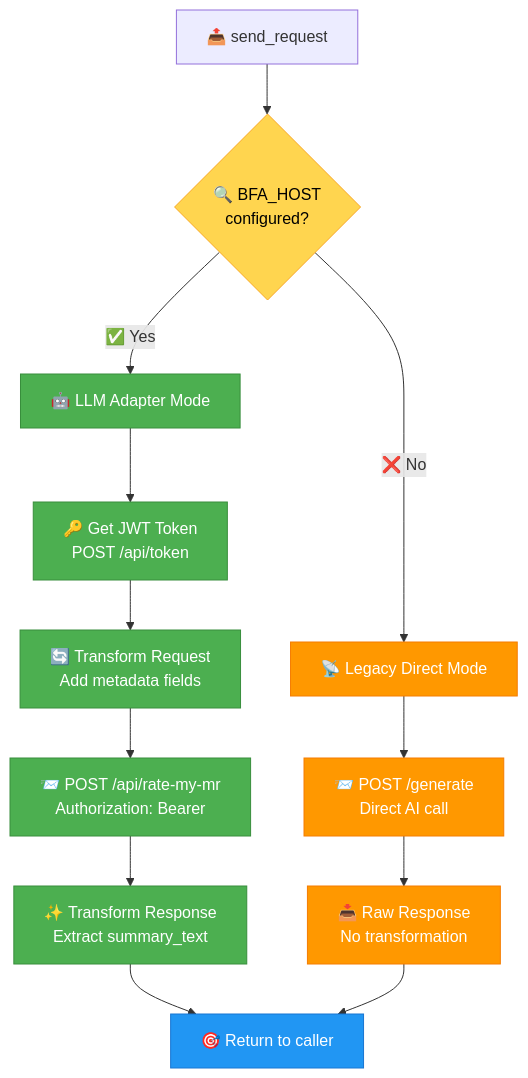
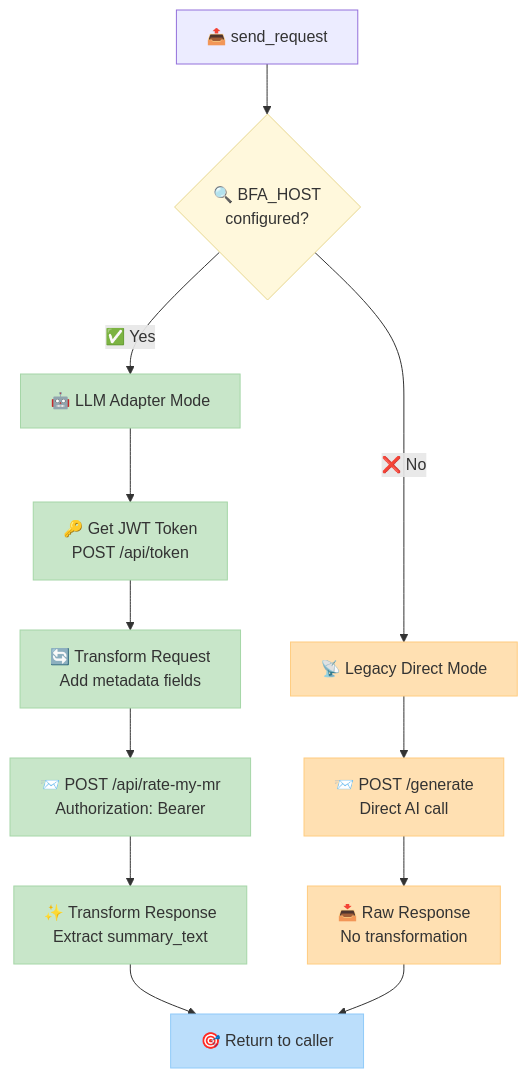
Before and after one commit to vigneshpalanivelr/commit-validator: the third of 6 diagrams in ARCHITECTURE.md, drawn with Mermaid. The commit also changed other lines of this file and 2 other files, not shown here.

First line of the commit message:
Update mermaid diagrams with subtle, muted colors

````diff
--- a/ARCHITECTURE.md
+++ b/ARCHITECTURE.md
@@ -191,27 +191,27 @@
 ```mermaid
 flowchart TD
     A[📤 send_request] --> B{🔍 BFA_HOST<br/>configured?}
     B -->|"✅ Yes"| C[🤖 LLM Adapter Mode]
     B -->|"❌ No"| D[📡 Legacy Direct Mode]
 
     C --> E[🔑 Get JWT Token<br/>POST /api/token]
     E --> F[🔄 Transform Request<br/>Add metadata fields]
     F --> G[📨 POST /api/rate-my-mr<br/>Authorization: Bearer]
     G --> H[✨ Transform Response<br/>Extract summary_text]
 
     D --> I[📨 POST /generate<br/>Direct AI call]
     I --> J[📥 Raw Response<br/>No transformation]
 
     H --> K[🎯 Return to caller]
     J --> K
 
-    classDef decision fill:#ffd54f,stroke:#f9a825,color:#000
-    classDef newmode fill:#4caf50,stroke:#388e3c,color:#fff
-    classDef legacy fill:#ff9800,stroke:#f57c00,color:#fff
-    classDef result fill:#2196f3,stroke:#1976d2,color:#fff
+    classDef decision fill:#fff8dc,stroke:#e8d890,color:#333
+    classDef newmode fill:#c8e6c9,stroke:#a5d6a7,color:#333
+    classDef legacy fill:#ffe0b2,stroke:#ffcc80,color:#333
+    classDef result fill:#bbdefb,stroke:#90caf9,color:#333
 
     class B decision
     class C,E,F,G,H newmode
     class D,I,J legacy
     class K result
 ```
````
